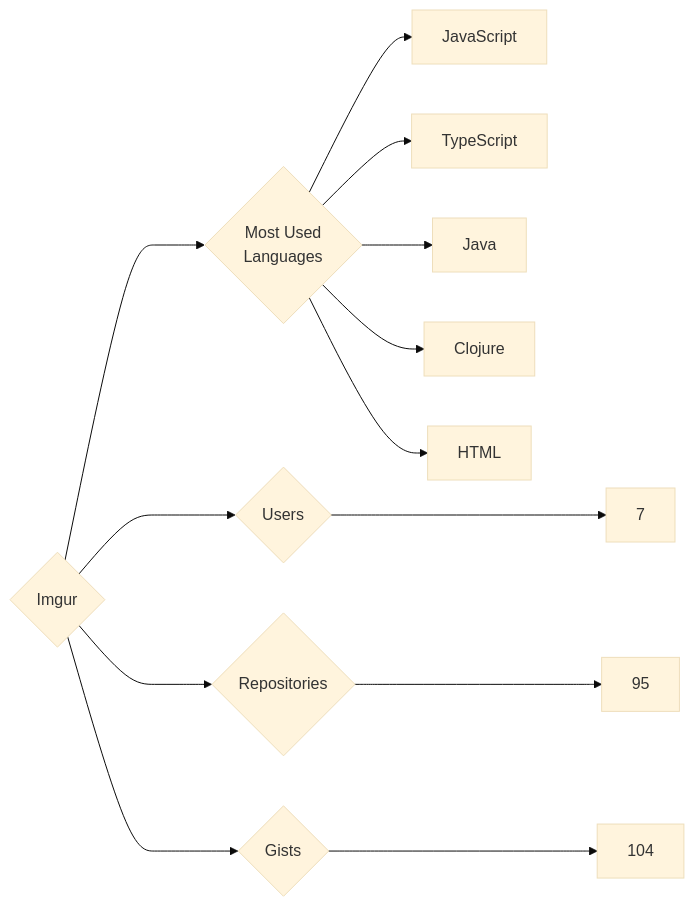
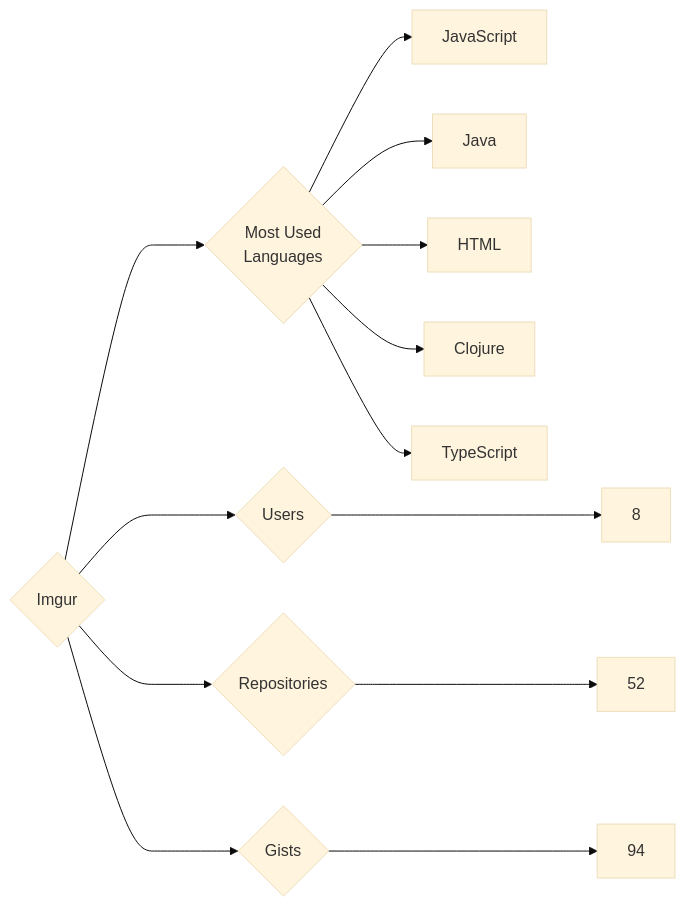
Before and after one commit to trickest/insiders: the diagram in targets/Imgur/README.md, drawn with Mermaid (base theme). The commit also changed 865 other files, not shown here.

````diff
--- a/targets/Imgur/README.md
+++ b/targets/Imgur/README.md
@@ -3,13 +3,13 @@
 ```mermaid
 graph LR
 COMPANY_NAME{Imgur}
-COMPANY_NAME ---> U{Users} ---> UN[7]
-COMPANY_NAME ---> R{Repositories} ---> RN[95]
-COMPANY_NAME ---> G{Gists} ---> GN[104]
+COMPANY_NAME ---> U{Users} ---> UN[8]
+COMPANY_NAME ---> R{Repositories} ---> RN[52]
+COMPANY_NAME ---> G{Gists} ---> GN[94]
 COMPANY_NAME ---> ML{Most Used<br>Languages}
 ML --> JavaScript[JavaScript]
+ML --> Java[Java]
+ML --> HTML[HTML]
+ML --> Clojure[Clojure]
 ML --> TypeScript[TypeScript]
-ML --> Java[Java]
-ML --> Clojure[Clojure]
-ML --> HTML[HTML]
 ```
````
